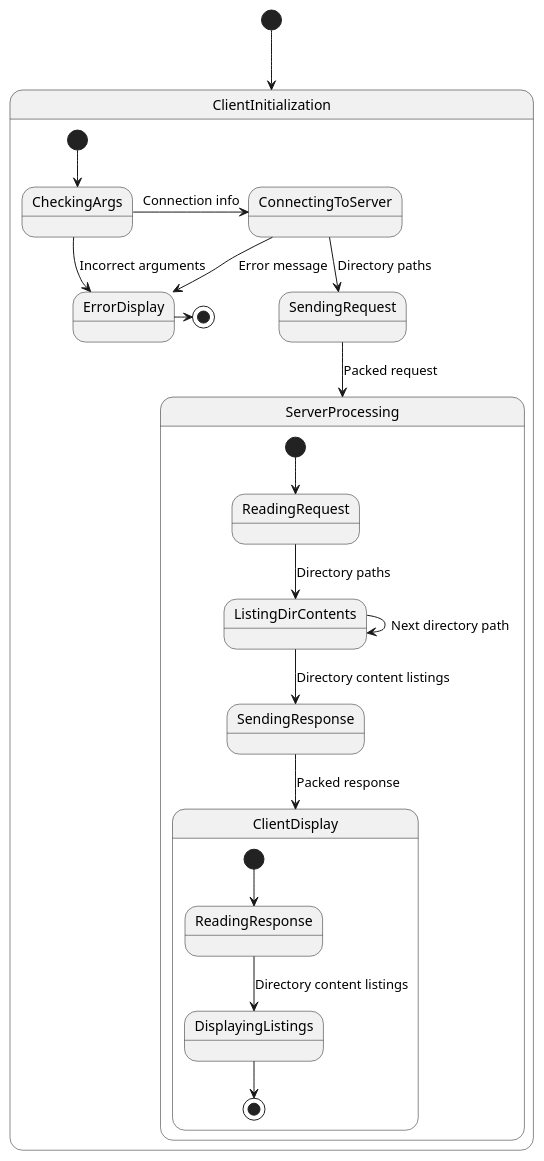
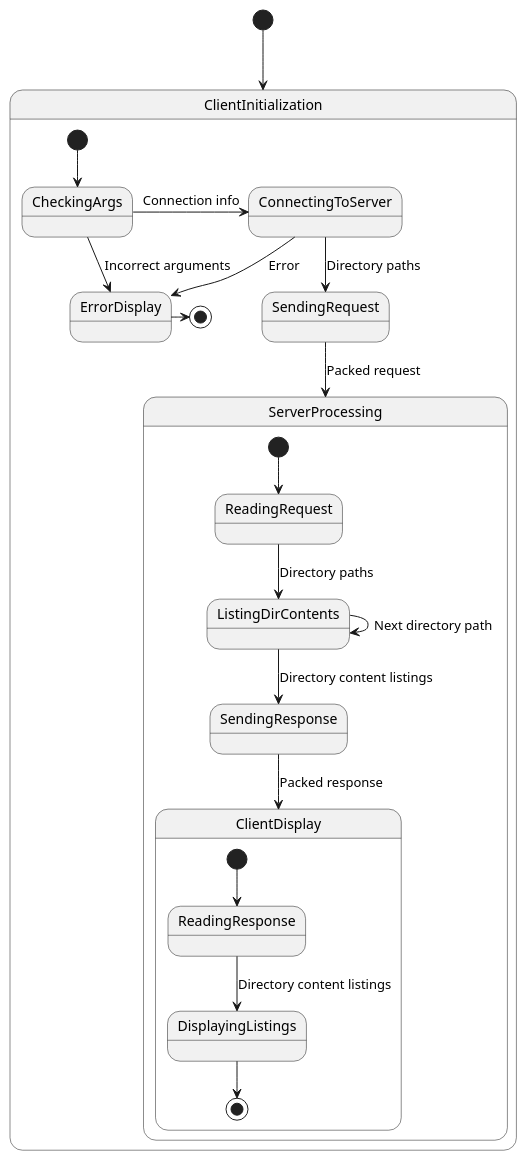
The diagram in System-Programming-Fundamentals-5th-Term/Lab6-TCP/diagrams/state.plantuml (timlathy/itmo-third-year), drawn with PlantUML before and after one commit. The commit also changed 4 other files, not shown here.

```diff
--- a/System-Programming-Fundamentals-5th-Term/Lab6-TCP/diagrams/state.plantuml
+++ b/System-Programming-Fundamentals-5th-Term/Lab6-TCP/diagrams/state.plantuml
@@ -1,29 +1,29 @@
 @startuml
 
 [*] --> ClientInitialization
 
 state ClientInitialization {
   [*] --> CheckingArgs
   CheckingArgs --> ErrorDisplay : Incorrect arguments
   ErrorDisplay -> [*]
   CheckingArgs -> ConnectingToServer : Connection info
-  ConnectingToServer --> ErrorDisplay : Error message
+  ConnectingToServer --> ErrorDisplay : Error
   ConnectingToServer --> SendingRequest : Directory paths
   SendingRequest --> ServerProcessing : Packed request
 }
 
 state ServerProcessing {
   [*] --> ReadingRequest
   ReadingRequest --> ListingDirContents : Directory paths
   ListingDirContents --> ListingDirContents : Next directory path
   ListingDirContents --> SendingResponse : Directory content listings
   SendingResponse --> ClientDisplay : Packed response
 }
 
 state ClientDisplay {
   [*] --> ReadingResponse
   ReadingResponse --> DisplayingListings : Directory content listings
   DisplayingListings --> [*]
 }
 
 @enduml
```
